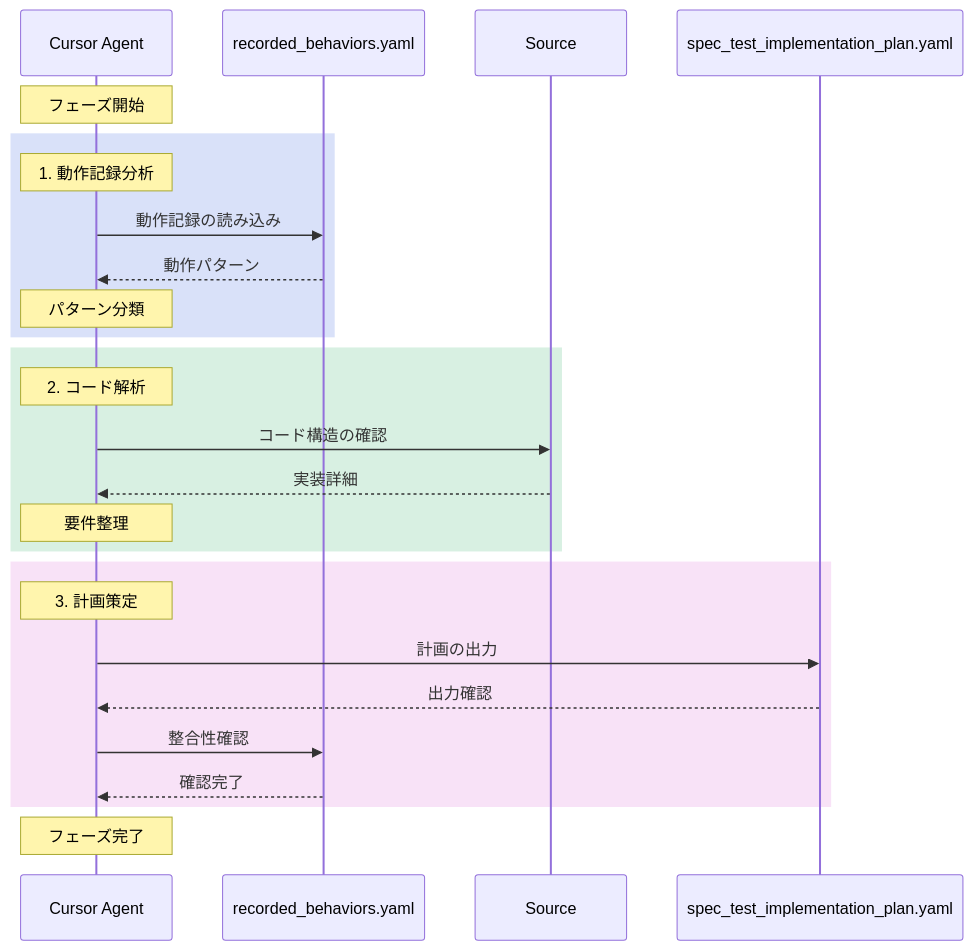
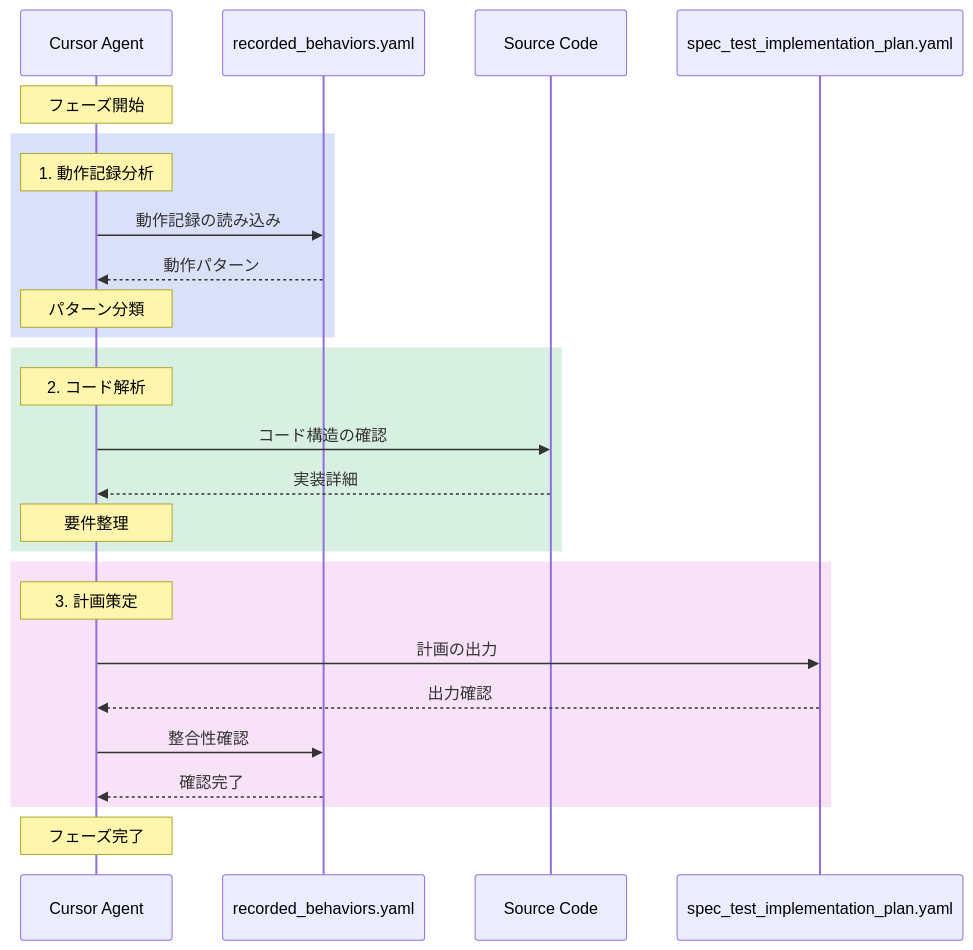
One commit to ryosuke911/WORKFLOW_SPEC_TEST changed the first of 2 diagrams in FLOW/WORKFLOW_SPEC_TEST_IMPLEMENTATION.md. Above: the diagram before and after it, drawn with Mermaid. The commit also changed other lines of this file, not shown here.

````diff
--- a/FLOW/WORKFLOW_SPEC_TEST_IMPLEMENTATION.md
+++ b/FLOW/WORKFLOW_SPEC_TEST_IMPLEMENTATION.md
@@ -36,33 +9,33 @@
 ```mermaid
 sequenceDiagram
     participant AI as Cursor Agent
     participant RB as recorded_behaviors.yaml
-    participant SC as Source
+    participant SC as Source Code
     participant Plan as spec_test_implementation_plan.yaml
 
     Note over AI: フェーズ開始
 
     rect rgba(65, 105, 225, 0.2)
         Note over AI: 1. 動作記録分析
         AI->>RB: 動作記録の読み込み
         RB-->>AI: 動作パターン
         Note over AI: パターン分類
     end
 
     rect rgba(60, 179, 113, 0.2)
         Note over AI: 2. コード解析
         AI->>SC: コード構造の確認
         SC-->>AI: 実装詳細
         Note over AI: 要件整理
     end
 
     rect rgba(218, 112, 214, 0.2)
         Note over AI: 3. 計画策定
         AI->>Plan: 計画の出力
         Plan-->>AI: 出力確認
         AI->>RB: 整合性確認
         RB-->>AI: 確認完了
     end
 
     Note over AI: フェーズ完了
 ```
````
